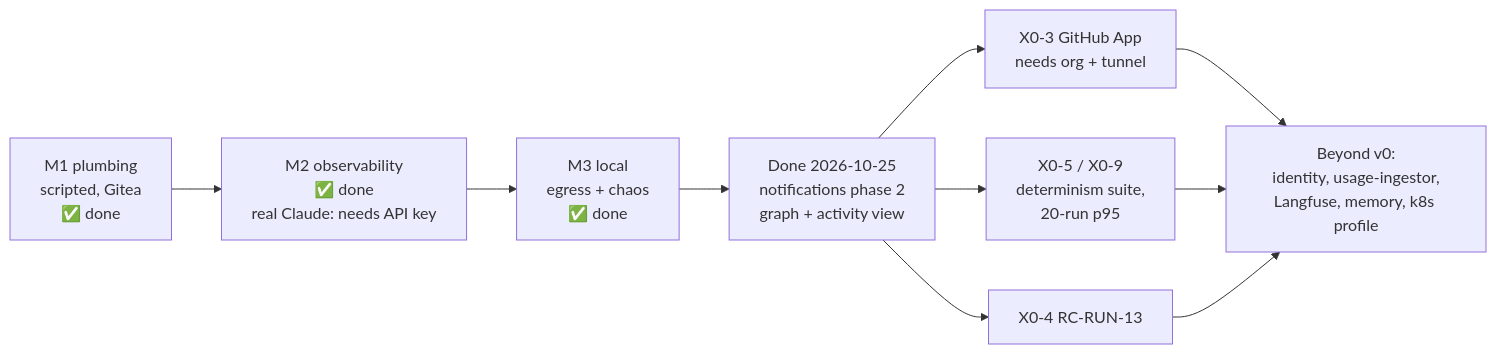
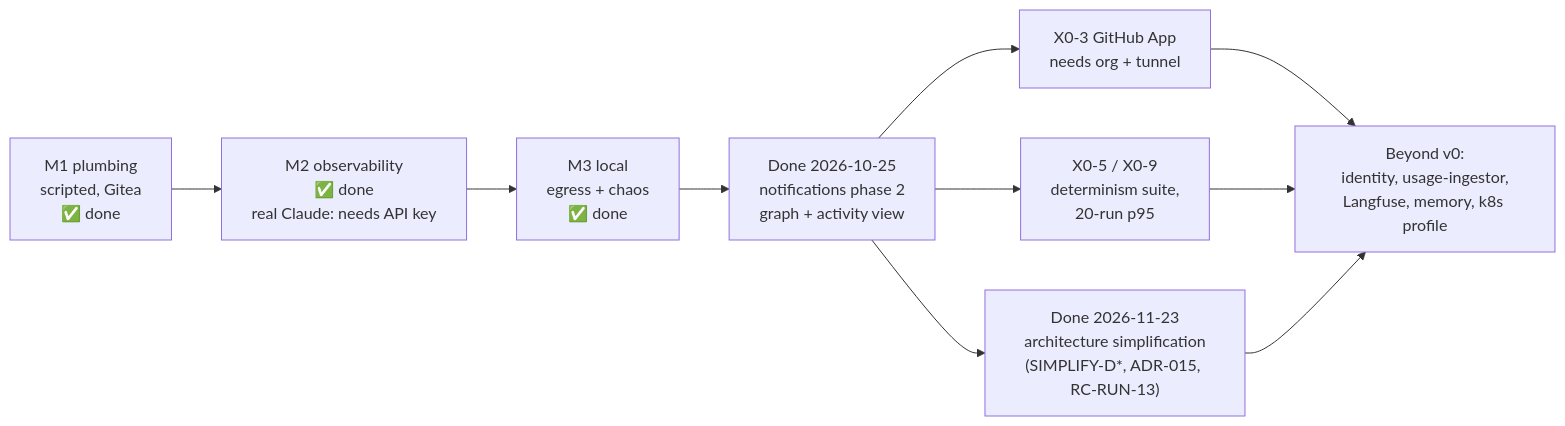
One commit to ryanpflynn/replicant changed diagram 12 of 12 in replicant/docs/design/v0-system-design.md. Above: the diagram before and after it, drawn with Mermaid. The commit also changed other lines of this file and 199 other files, not shown here.

````diff
--- a/replicant/docs/design/v0-system-design.md
+++ b/replicant/docs/design/v0-system-design.md
@@ -765,10 +803,10 @@
 ```mermaid
 flowchart LR
   M1["M1 plumbing<br/>scripted, Gitea<br/>✅ done"] --> M2["M2 observability<br/>✅ done<br/>real Claude: needs API key"]
   M2 --> M3L["M3 local<br/>egress + chaos<br/>✅ done"]
   M3L --> NOW["Done 2026-10-25<br/>notifications phase 2<br/>graph + activity view"]
   NOW --> X03["X0-3 GitHub App<br/>needs org + tunnel"]
   NOW --> X05["X0-5 / X0-9<br/>determinism suite,<br/>20-run p95"]
-  NOW --> RC13["X0-4 RC-RUN-13"]
-  X03 & X05 & RC13 --> P1["Beyond v0:<br/>identity, usage-ingestor,<br/>Langfuse, memory, k8s profile"]
+  NOW --> SIM["Done 2026-11-23<br/>architecture simplification<br/>(SIMPLIFY-D*, ADR-015, RC-RUN-13)"]
+  X03 & X05 & SIM --> P1["Beyond v0:<br/>identity, usage-ingestor,<br/>Langfuse, memory, k8s profile"]
 ```
````
